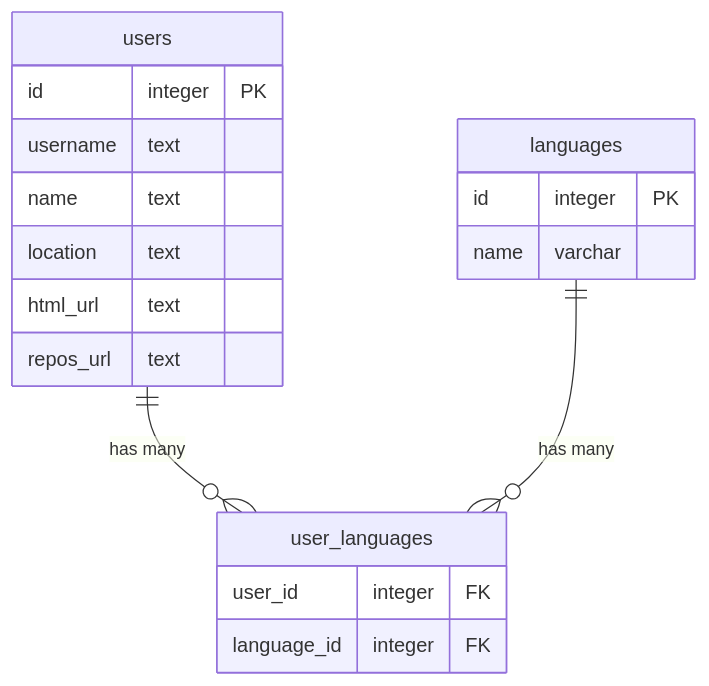
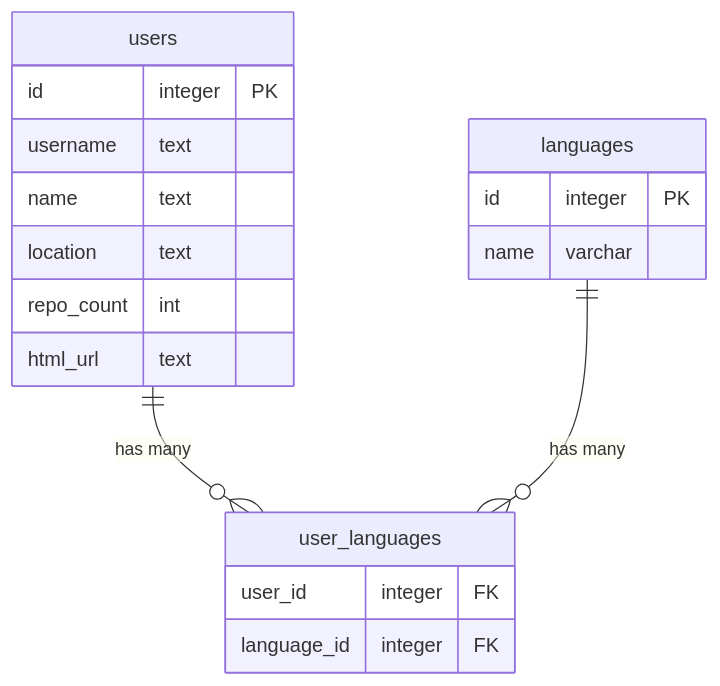
One commit to Lmalho/lovelystay-cli changed the diagram in README.md. Above: the diagram before and after it, drawn with Mermaid. The commit also changed 7 other files, not shown here.

Commit message:
replace repo_url with repo_count

````diff
--- a/README.md
+++ b/README.md
@@ -67,24 +67,24 @@
 ```mermaid
 erDiagram
     users {
         id integer PK
         username text
         name text
         location text
+        repo_count int
         html_url text
-        repos_url text
     }
 
     languages {
         id integer PK
         name varchar
     }
 
     user_languages {
         user_id integer FK
         language_id integer FK
     }
 
     users ||--o{ user_languages : "has many"
     languages ||--o{ user_languages : "has many"
 ```
````
